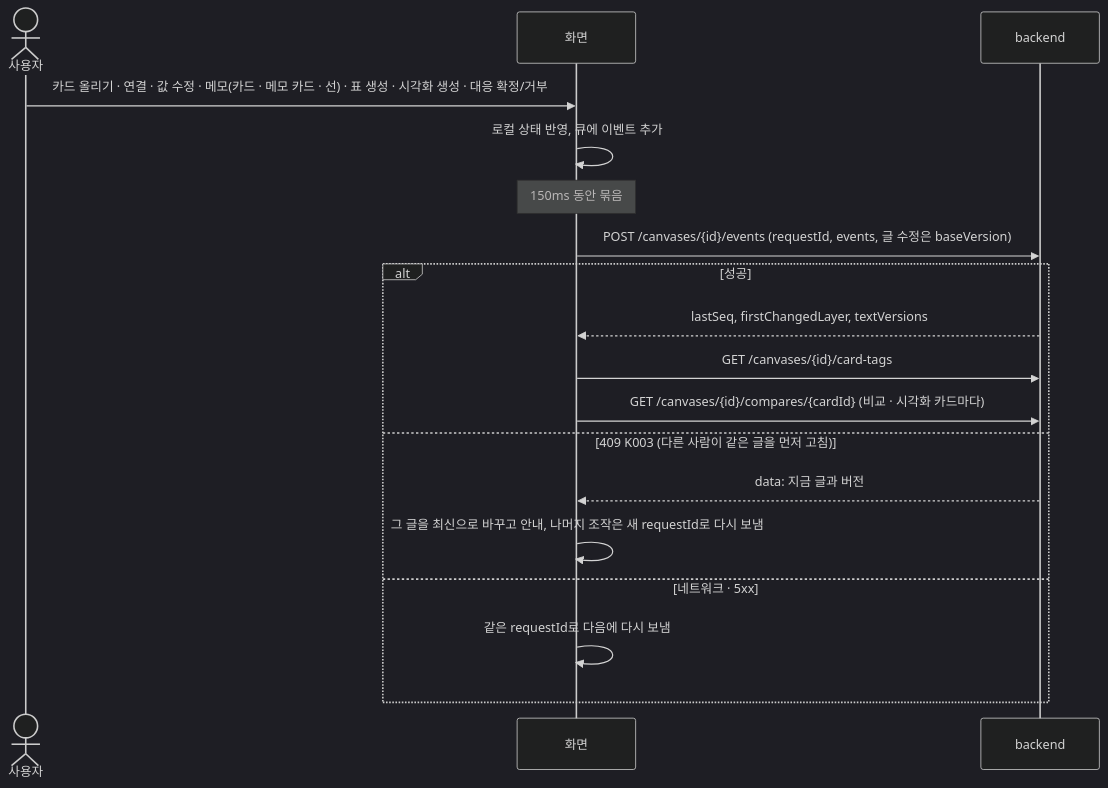
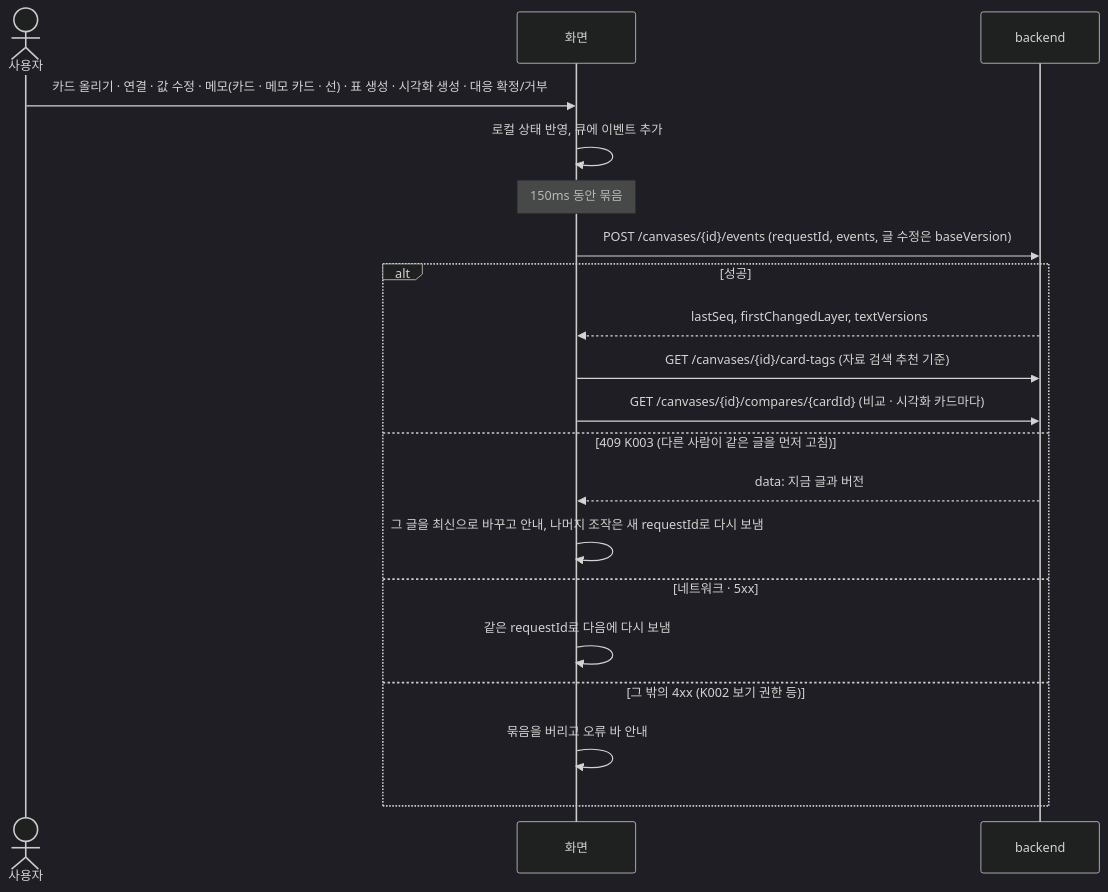
The fourth of 8 diagrams in docs/frontend/api-diagram.md (vamos-team/telescope), drawn with Mermaid (dark theme) before and after one commit. The commit also changed other lines of this file and 3 other files, not shown here.

````diff
--- a/docs/frontend/api-diagram.md
+++ b/docs/frontend/api-diagram.md
@@ -106,21 +106,23 @@
 ```mermaid
 sequenceDiagram
   actor U as 사용자
   participant F as 화면
   participant B as backend
 
   U->>F: 카드 올리기 · 연결 · 값 수정 · 메모(카드 · 메모 카드 · 선) · 표 생성 · 시각화 생성 · 대응 확정/거부
   F->>F: 로컬 상태 반영, 큐에 이벤트 추가
   Note over F: 150ms 동안 묶음
   F->>B: POST /canvases/{id}/events (requestId, events, 글 수정은 baseVersion)
   alt 성공
     B-->>F: lastSeq, firstChangedLayer, textVersions
-    F->>B: GET /canvases/{id}/card-tags
+    F->>B: GET /canvases/{id}/card-tags (자료 검색 추천 기준)
     F->>B: GET /canvases/{id}/compares/{cardId} (비교 · 시각화 카드마다)
   else 409 K003 (다른 사람이 같은 글을 먼저 고침)
     B-->>F: data: 지금 글과 버전
     F->>F: 그 글을 최신으로 바꾸고 안내, 나머지 조작은 새 requestId로 다시 보냄
   else 네트워크 · 5xx
     F->>F: 같은 requestId로 다음에 다시 보냄
+  else 그 밖의 4xx (K002 보기 권한 등)
+    F->>F: 묶음을 버리고 오류 바 안내
   end
 ```
````
